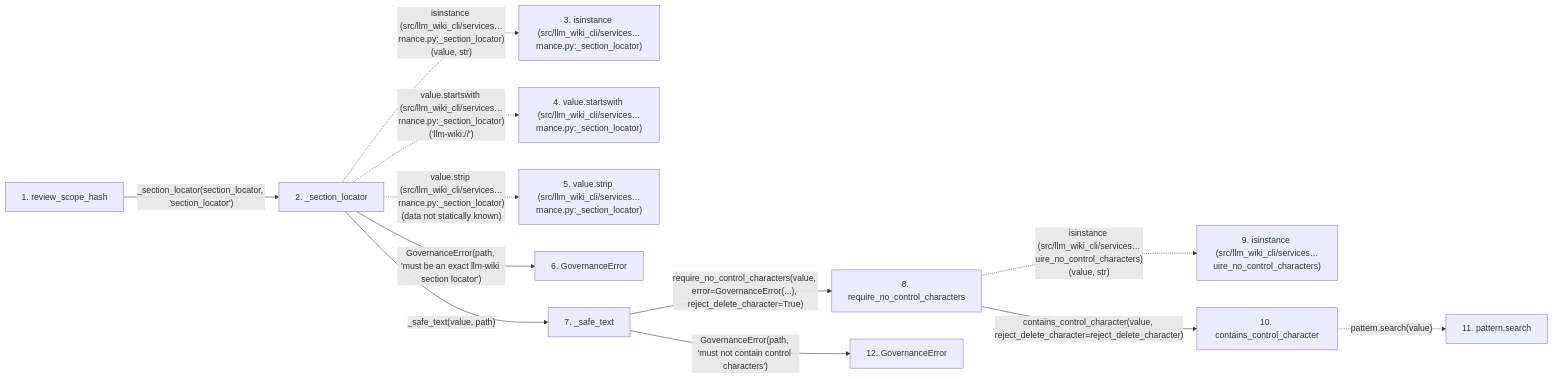
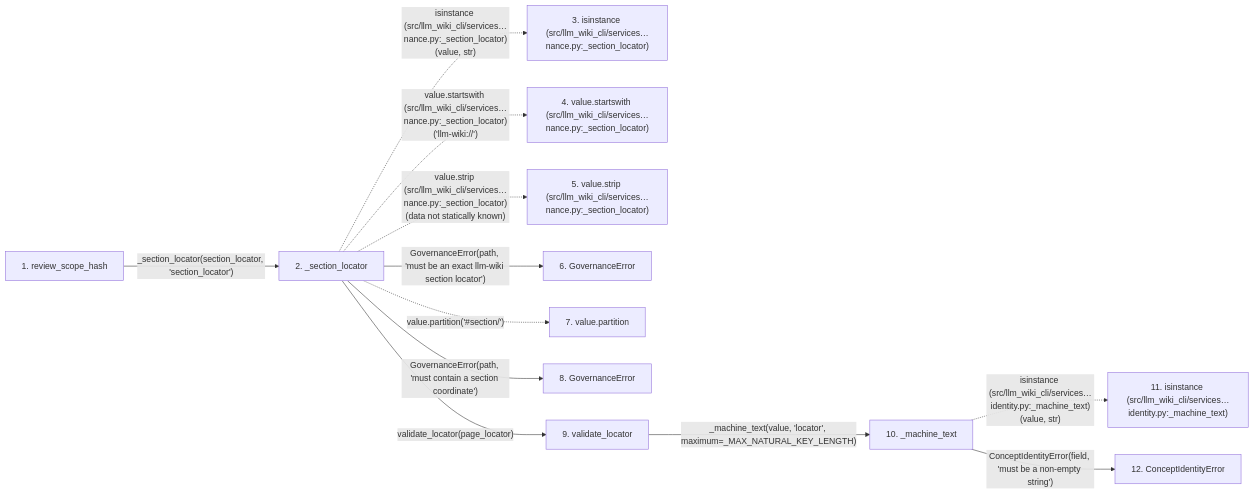
One commit to Denissvgn/python-wiki-llm changed the second of 2 diagrams in docs/llm_wiki/flows/api-review_scope_hash.md. Above: the diagram before and after it, drawn with Mermaid. The commit also changed other lines of this file and 450 other files, not shown here.

First line of the commit message:
Prepare v2.3.1: fix knowledge identity validation and dependency audits (#41)

````diff
--- a/docs/llm_wiki/flows/api-review_scope_hash.md
+++ b/docs/llm_wiki/flows/api-review_scope_hash.md
@@ -78,33 +84,33 @@
 ```mermaid
 flowchart LR
     s1["1. review_scope_hash"]
     s2["2. _section_locator"]
-    s3["3. isinstance (src/llm_wiki_cli/services…rnance.py:_section_locator)"]
-    s4["4. value.startswith (src/llm_wiki_cli/services…rnance.py:_section_locator)"]
-    s5["5. value.strip (src/llm_wiki_cli/services…rnance.py:_section_locator)"]
+    s3["3. isinstance (src/llm_wiki_cli/services…nance.py:_section_locator)"]
+    s4["4. value.startswith (src/llm_wiki_cli/services…nance.py:_section_locator)"]
+    s5["5. value.strip (src/llm_wiki_cli/services…nance.py:_section_locator)"]
     s6["6. GovernanceError"]
-    s7["7. _safe_text"]
-    s8["8. require_no_control_characters"]
-    s9["9. isinstance (src/llm_wiki_cli/services…uire_no_control_characters)"]
-    s10["10. contains_control_character"]
-    s11["11. pattern.search"]
-    s12["12. GovernanceError"]
+    s7["7. value.partition"]
+    s8["8. GovernanceError"]
+    s9["9. validate_locator"]
+    s10["10. _machine_text"]
+    s11["11. isinstance (src/llm_wiki_cli/services…identity.py:_machine_text)"]
+    s12["12. ConceptIdentityError"]
     s1 -->|"_section_locator(section_locator, 'section_locator')"| s2
-    s2 -. "isinstance (src/llm_wiki_cli/services…rnance.py:_section_locator)(value, str)" .-> s3
-    s2 -. "value.startswith (src/llm_wiki_cli/services…rnance.py:_section_locator)('llm-wiki://')" .-> s4
-    s2 -. "value.strip (src/llm_wiki_cli/services…rnance.py:_section_locator)(data not statically known)" .-> s5
+    s2 -. "isinstance (src/llm_wiki_cli/services…nance.py:_section_locator)(value, str)" .-> s3
+    s2 -. "value.startswith (src/llm_wiki_cli/services…nance.py:_section_locator)('llm-wiki://')" .-> s4
+    s2 -. "value.strip (src/llm_wiki_cli/services…nance.py:_section_locator)(data not statically known)" .-> s5
     s2 -->|"GovernanceError(path, 'must be an exact llm-wiki section locator')"| s6
-    s2 -->|"_safe_text(value, path)"| s7
-    s7 -->|"require_no_control_characters(value, error=GovernanceError(...), reject_delete_character=True)"| s8
-    s8 -. "isinstance (src/llm_wiki_cli/services…uire_no_control_characters)(value, str)" .-> s9
-    s8 -->|"contains_control_character(value, reject_delete_character=reject_delete_character)"| s10
-    s10 -. "pattern.search(value)" .-> s11
-    s7 -->|"GovernanceError(path, 'must not contain control characters')"| s12
+    s2 -. "value.partition('#35;section/')" .-> s7
+    s2 -->|"GovernanceError(path, 'must contain a section coordinate')"| s8
+    s2 -->|"validate_locator(page_locator)"| s9
+    s9 -->|"_machine_text(value, 'locator', maximum=_MAX_NATURAL_KEY_LENGTH)"| s10
+    s10 -. "isinstance (src/llm_wiki_cli/services…identity.py:_machine_text)(value, str)" .-> s11
+    s10 -->|"ConceptIdentityError(field, 'must be a non-empty string')"| s12
     click s1 "../modules/knowledge_governance.md"
     click s2 "../modules/knowledge_governance.md"
     click s6 "../modules/knowledge_governance.md"
-    click s7 "../modules/knowledge_governance.md"
-    click s8 "../modules/validation.md"
-    click s10 "../modules/validation.md"
-    click s12 "../modules/knowledge_governance.md"
+    click s8 "../modules/knowledge_governance.md"
+    click s9 "../modules/concept_identity.md"
+    click s10 "../modules/concept_identity.md"
+    click s12 "../modules/concept_identity.md"
 ```
````
